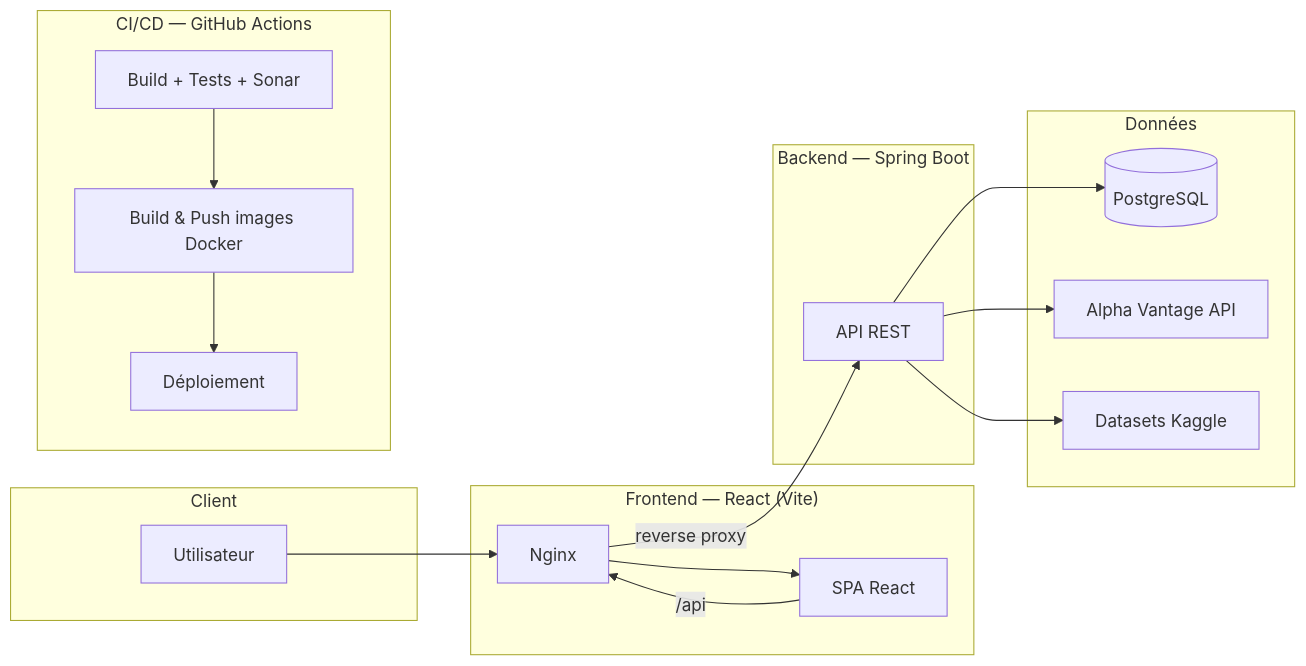
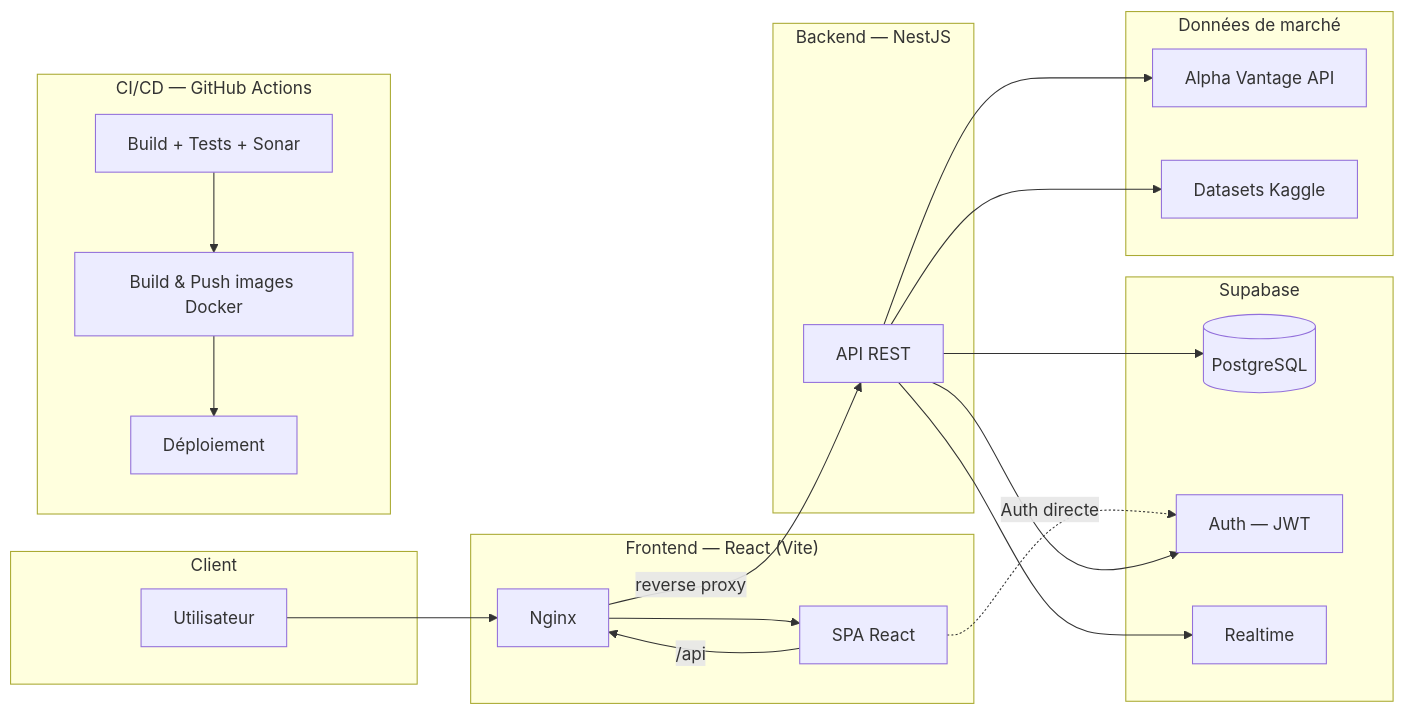
One commit to nadhmi54/AlphaRoom changed the diagram in README.md. Above: the diagram before and after it, drawn with Mermaid. The commit also changed other lines of this file and 47 other files, not shown here.

````diff
--- a/README.md
+++ b/README.md
@@ -107,34 +348,42 @@
 ```mermaid
 flowchart LR
     subgraph Client
         U[Utilisateur]
     end
 
     subgraph Frontend["Frontend — React (Vite)"]
         FE[SPA React]
         NG[Nginx]
     end
 
-    subgraph Backend["Backend — Spring Boot"]
+    subgraph Backend["Backend — NestJS"]
         API[API REST]
     end
 
-    subgraph Data["Données"]
-        DB[(PostgreSQL)]
+    subgraph Supa["Supabase"]
+        SDB[(PostgreSQL)]
+        SAUTH[Auth — JWT]
+        SRT[Realtime]
+    end
+
+    subgraph Data["Données de marché"]
         AV[Alpha Vantage API]
         KG[Datasets Kaggle]
     end
 
     subgraph CICD["CI/CD — GitHub Actions"]
         CI[Build + Tests + Sonar]
         DK[Build & Push images Docker]
         CD[Déploiement]
     end
 
     U --> NG --> FE
     FE -->|/api| NG -->|reverse proxy| API
-    API --> DB
+    FE -.->|Auth directe| SAUTH
+    API --> SDB
+    API --> SAUTH
+    API --> SRT
     API --> AV
     API --> KG
     CI --> DK --> CD
 ```
````
